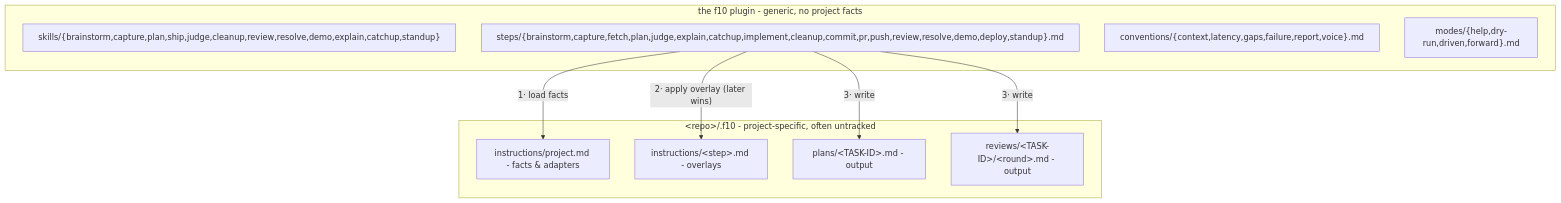
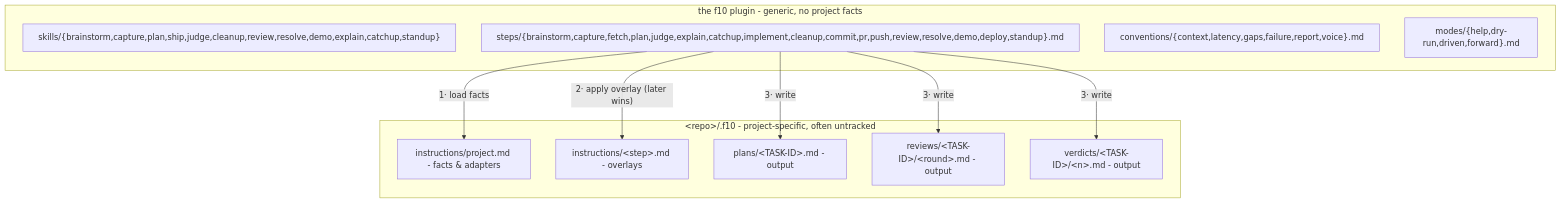
One commit to amberpixels/f10 changed the second of 2 diagrams in README.md. Above: the diagram before and after it, drawn with Mermaid. The commit also changed other lines of this file and 11 other files, not shown here.

````diff
--- a/README.md
+++ b/README.md
@@ -199,19 +201,21 @@
 ```mermaid
 flowchart TB
     subgraph plugin ["the f10 plugin - generic, no project facts"]
         skills2["skills/{brainstorm,capture,plan,ship,judge,cleanup,review,resolve,demo,explain,catchup,standup}"]
         gsteps["steps/{brainstorm,capture,fetch,plan,judge,explain,catchup,implement,cleanup,commit,pr,push,review,resolve,demo,deploy,standup}.md"]
         conv["conventions/{context,latency,gaps,failure,report,voice}.md"]
         modes2["modes/{help,dry-run,driven,forward}.md"]
     end
     subgraph repo ["&lt;repo&gt;/.f10 - project-specific, often untracked"]
         proj["instructions/project.md - facts & adapters"]
         over["instructions/&lt;step&gt;.md - overlays"]
         plans2["plans/&lt;TASK-ID&gt;.md - output"]
         reviews2["reviews/&lt;TASK-ID&gt;/&lt;round&gt;.md - output"]
+        verdicts2["verdicts/&lt;TASK-ID&gt;/&lt;n&gt;.md - output"]
     end
     gsteps -- "1· load facts" --> proj
     gsteps -- "2· apply overlay (later wins)" --> over
     gsteps -- "3· write" --> plans2
     gsteps -- "3· write" --> reviews2
+    gsteps -- "3· write" --> verdicts2
 ```
````
